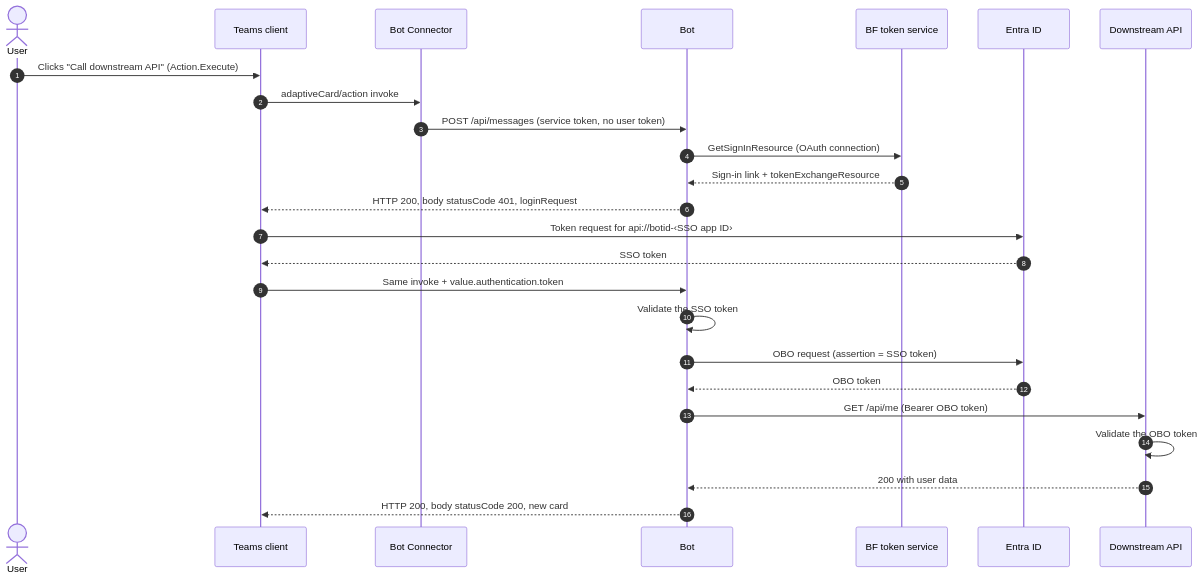
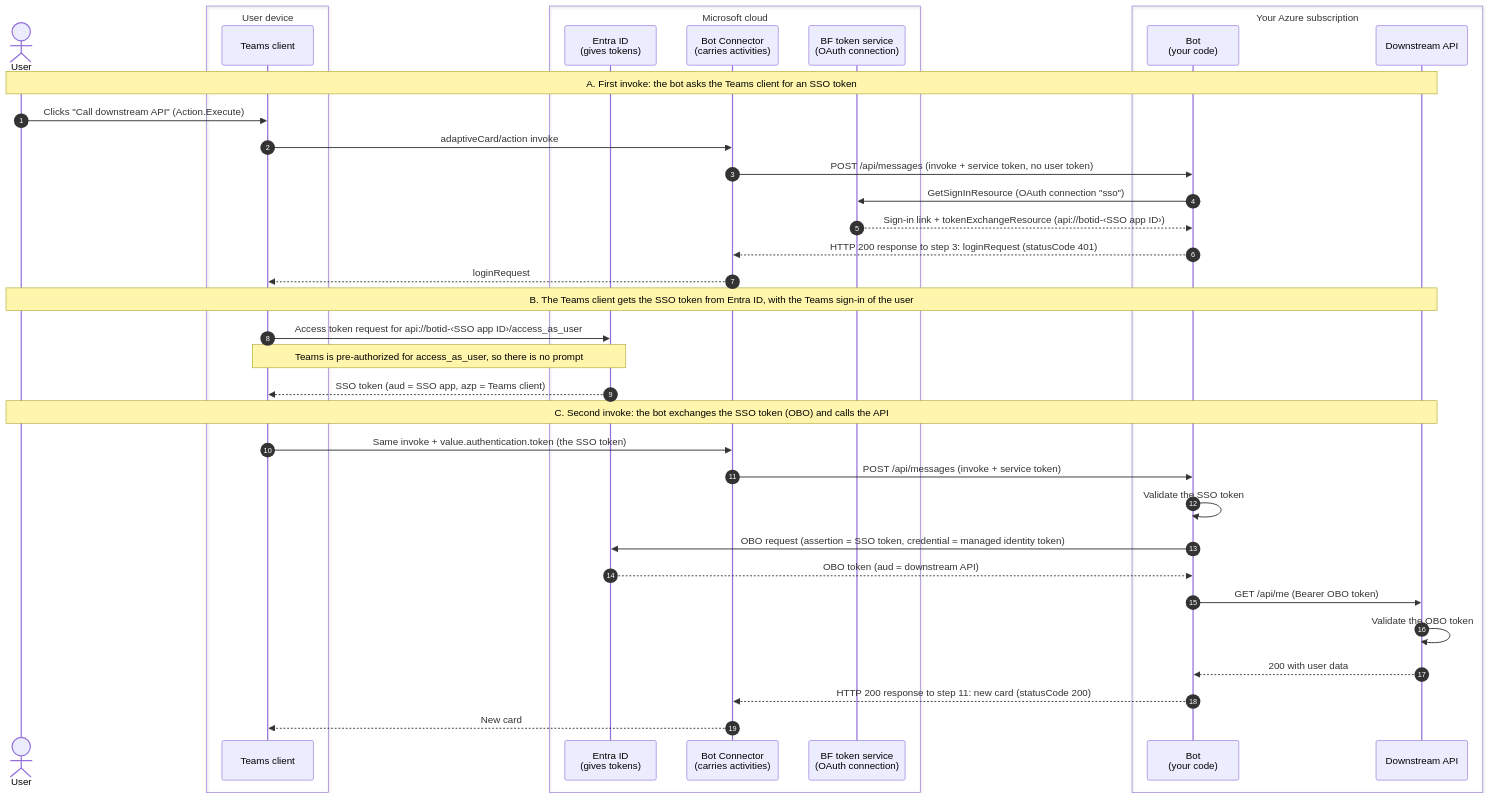
The fifth of 10 diagrams in docs/how-obo-works.md (georgemathieson/Bot), drawn with Mermaid before and after one commit. The commit also changed other lines of this file, not shown here.

First line of the commit message:
Clarify the parts and the SSO token in the OBO sequence diagram

````diff
--- a/docs/how-obo-works.md
+++ b/docs/how-obo-works.md
@@ -147,28 +172,43 @@
 ```mermaid
 sequenceDiagram
     autonumber
     actor U as User
-    participant T as Teams client
-    participant BC as Bot Connector
-    participant B as Bot
-    participant TS as BF token service
-    participant E as Entra ID
-    participant A as Downstream API
+    box User device
+        participant T as Teams client
+    end
+    box Microsoft cloud
+        participant E as Entra ID<br/>(gives tokens)
+        participant BC as Bot Connector<br/>(carries activities)
+        participant TS as BF token service<br/>(OAuth connection)
+    end
+    box Your Azure subscription
+        participant B as Bot<br/>(your code)
+        participant A as Downstream API
+    end
 
+    Note over U,A: A. First invoke: the bot asks the Teams client for an SSO token
     U->>T: Clicks "Call downstream API" (Action.Execute)
     T->>BC: adaptiveCard/action invoke
-    BC->>B: POST /api/messages (service token, no user token)
-    B->>TS: GetSignInResource (OAuth connection)
-    TS-->>B: Sign-in link + tokenExchangeResource
-    B-->>T: HTTP 200, body statusCode 401, loginRequest
-    T->>E: Token request for api://botid-‹SSO app ID›
-    E-->>T: SSO token
-    T->>B: Same invoke + value.authentication.token
+    BC->>B: POST /api/messages (invoke + service token, no user token)
+    B->>TS: GetSignInResource (OAuth connection "sso")
+    TS-->>B: Sign-in link + tokenExchangeResource (api://botid-‹SSO app ID›)
+    B-->>BC: HTTP 200 response to step 3: loginRequest (statusCode 401)
+    BC-->>T: loginRequest
+
+    Note over U,A: B. The Teams client gets the SSO token from Entra ID, with the Teams sign-in of the user
+    T->>E: Access token request for api://botid-‹SSO app ID›/access_as_user
+    Note over T,E: Teams is pre-authorized for access_as_user, so there is no prompt
+    E-->>T: SSO token (aud = SSO app, azp = Teams client)
+
+    Note over U,A: C. Second invoke: the bot exchanges the SSO token (OBO) and calls the API
+    T->>BC: Same invoke + value.authentication.token (the SSO token)
+    BC->>B: POST /api/messages (invoke + service token)
     B->>B: Validate the SSO token
-    B->>E: OBO request (assertion = SSO token)
-    E-->>B: OBO token
+    B->>E: OBO request (assertion = SSO token, credential = managed identity token)
+    E-->>B: OBO token (aud = downstream API)
     B->>A: GET /api/me (Bearer OBO token)
     A->>A: Validate the OBO token
     A-->>B: 200 with user data
-    B-->>T: HTTP 200, body statusCode 200, new card
+    B-->>BC: HTTP 200 response to step 11: new card (statusCode 200)
+    BC-->>T: New card
 ```
````
